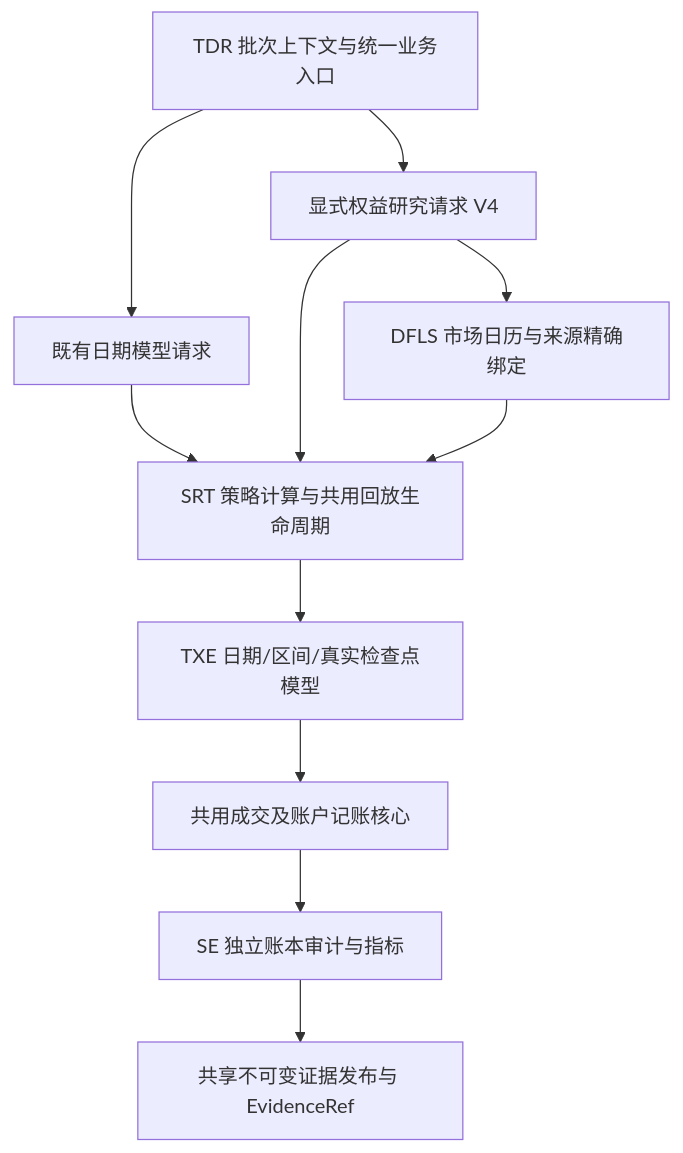
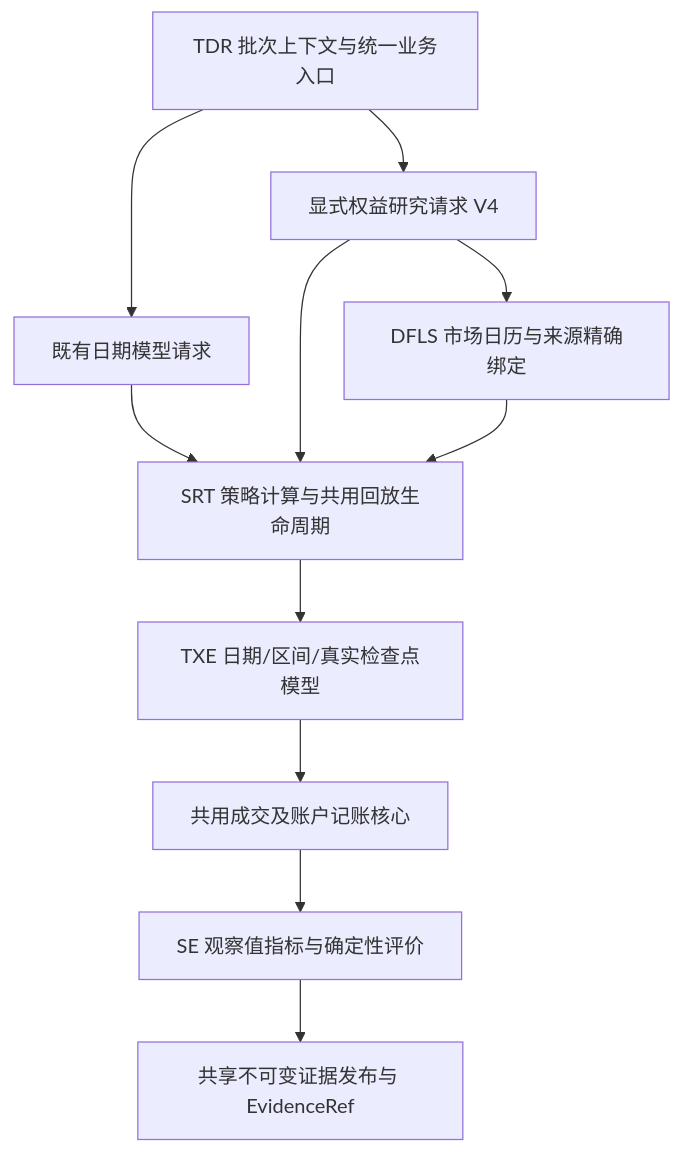
The diagram in src/czsc_trader/README.md (tomxiao/czsc_trader), drawn with Mermaid before and after one commit. The commit also changed other lines of this file and 28 other files, not shown here.

````diff
--- a/src/czsc_trader/README.md
+++ b/src/czsc_trader/README.md
@@ -1093,13 +1121,13 @@
 ```mermaid
 flowchart TD
     TDR[TDR 批次上下文与统一业务入口] --> A[既有日期模型请求]
     TDR --> U[显式权益研究请求 V4]
     U --> D[DFLS 市场日历与来源精确绑定]
     A --> S[SRT 策略计算与共用回放生命周期]
     U --> S
     D --> S
     S --> X[TXE 日期/区间/真实检查点模型]
     X --> F[共用成交及账户记账核心]
-    F --> E[SE 独立账本审计与指标]
+    F --> E[SE 观察值指标与确定性评价]
     E --> R[共享不可变证据发布与 EvidenceRef]
 ```
````
